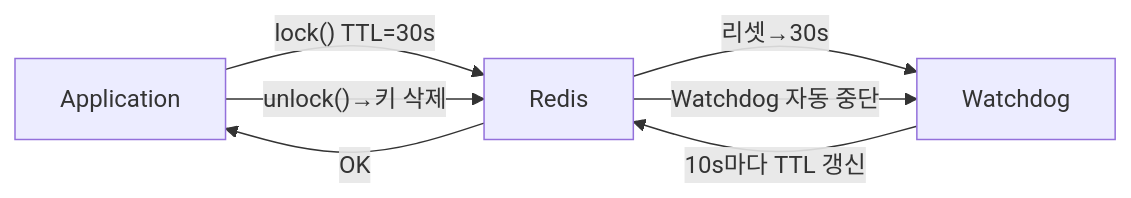
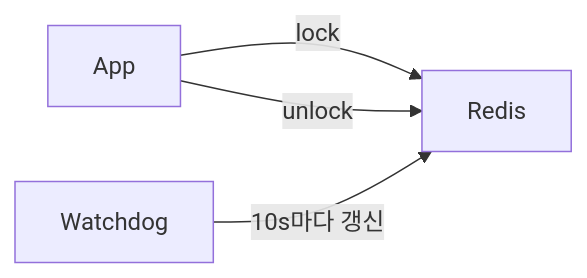
One commit to yjkim2015/yjkim2015.github.io changed the sixth of 15 diagrams in _posts/redis/2026-05-01-redis-distributed-lock.md. Above: the diagram before and after it, drawn with Mermaid. The commit also changed other lines of this file, not shown here.

First line of the commit message:
Redis 분산락: Mermaid 15개 블록 전부 축소 (3~4노드)

````diff
--- a/_posts/redis/2026-05-01-redis-distributed-lock.md
+++ b/_posts/redis/2026-05-01-redis-distributed-lock.md
@@ -335,9 +322,6 @@
 ```mermaid
 graph LR
-    App["Application"] -->|"lock() TTL=30s"| R["Redis"]
-    R -->|"OK"| App
-    WD["Watchdog"] -->|"10s마다 TTL 갱신"| R
-    R -->|"리셋→30s"| WD
-    App -->|"unlock()→키 삭제"| R
-    R -->|"Watchdog 자동 중단"| WD
+    App -->|lock| R["Redis"]
+    WD["Watchdog"] -->|10s마다 갱신| R
+    App -->|unlock| R
 ```
````
